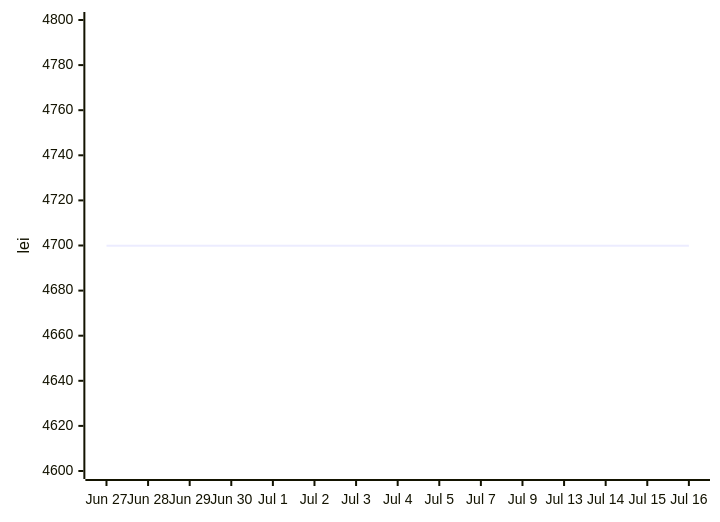
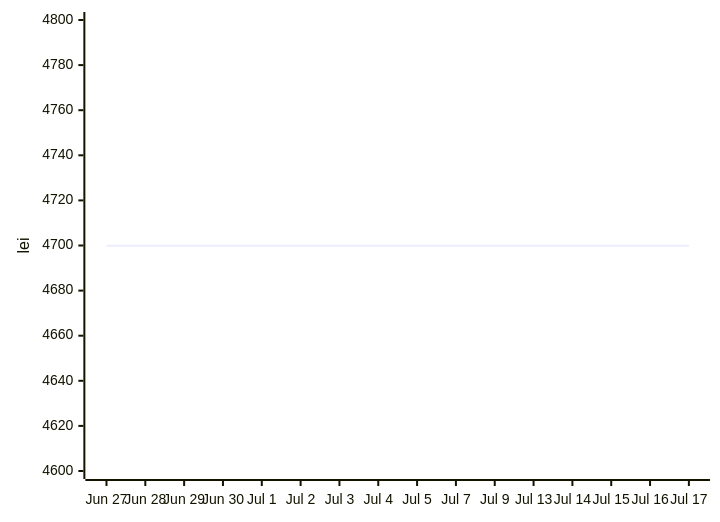
Before and after one commit to anagheioan/laptop-price-monitor: the first of 2 diagrams in README.md, drawn with Mermaid. The commit also changed other lines of this file and 1 other file, not shown here.

Commit message:
Price check 2026-07-17

````diff
--- a/README.md
+++ b/README.md
@@ -21,6 +21,6 @@
 ```mermaid
 xychart-beta
-    x-axis ["Jun 27", "Jun 28", "Jun 29", "Jun 30", "Jul 1", "Jul 2", "Jul 3", "Jul 4", "Jul 5", "Jul 7", "Jul 9", "Jul 13", "Jul 14", "Jul 15", "Jul 16"]
+    x-axis ["Jun 27", "Jun 28", "Jun 29", "Jun 30", "Jul 1", "Jul 2", "Jul 3", "Jul 4", "Jul 5", "Jul 7", "Jul 9", "Jul 13", "Jul 14", "Jul 15", "Jul 16", "Jul 17"]
     y-axis "lei" 4600 --> 4800
-    line [4699.9, 4699.9, 4699.9, 4699.9, 4699.9, 4699.9, 4699.9, 4699.9, 4699.9, 4699.9, 4699.9, 4699.9, 4699.9, 4699.9, 4699.9]
+    line [4699.9, 4699.9, 4699.9, 4699.9, 4699.9, 4699.9, 4699.9, 4699.9, 4699.9, 4699.9, 4699.9, 4699.9, 4699.9, 4699.9, 4699.9, 4699.9]
 ```
````
